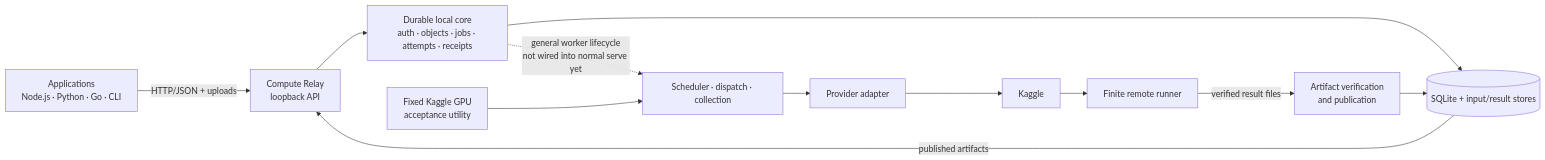
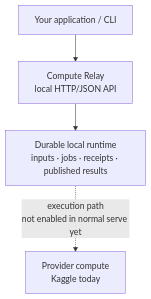
Before and after one commit to vankhaivn/compute-relay: the diagram in README.md, drawn with Mermaid. The commit also changed other lines of this file, not shown here.

Commit message:
docs: simplify readme architecture chart

````diff
--- a/README.md
+++ b/README.md
@@ -20,16 +20,11 @@
 ```mermaid
-flowchart LR
-    App["Applications<br/>Node.js · Python · Go · CLI"] -->|"HTTP/JSON + uploads"| API["Compute Relay<br/>loopback API"]
-    API --> Core["Durable local core<br/>auth · objects · jobs · attempts · receipts"]
-    Core --> Store[("SQLite + input/result stores")]
+flowchart TB
+    App["Your application / CLI"]
+    Relay["Compute Relay<br/>local HTTP/JSON API"]
+    Local["Durable local runtime<br/>inputs · jobs · receipts · published results"]
+    Provider["Provider compute<br/>Kaggle today"]
 
-    Core -. "general worker lifecycle<br/>not wired into normal serve yet" .-> Workers["Scheduler · dispatch · collection"]
-    Accept["Fixed Kaggle GPU<br/>acceptance utility"] --> Workers
-
-    Workers --> Adapter["Provider adapter"]
-    Adapter --> Kaggle["Kaggle"]
-    Kaggle --> Runner["Finite remote runner"]
-    Runner -->|"verified result files"| Publish["Artifact verification<br/>and publication"]
-    Publish --> Store
-    Store -->|"published artifacts"| API
+    App --> Relay
+    Relay --> Local
+    Local -. "execution path<br/>not enabled in normal serve yet" .-> Provider
 ```
````
